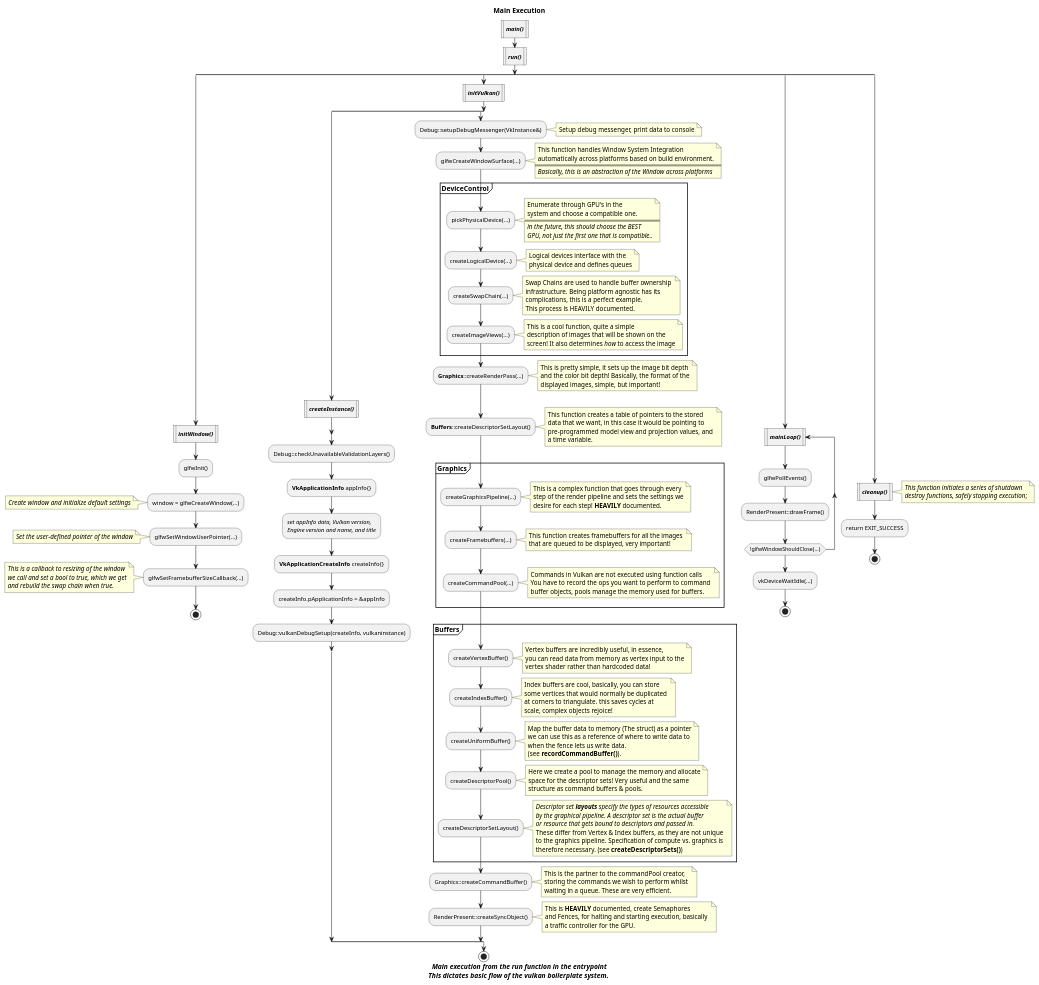
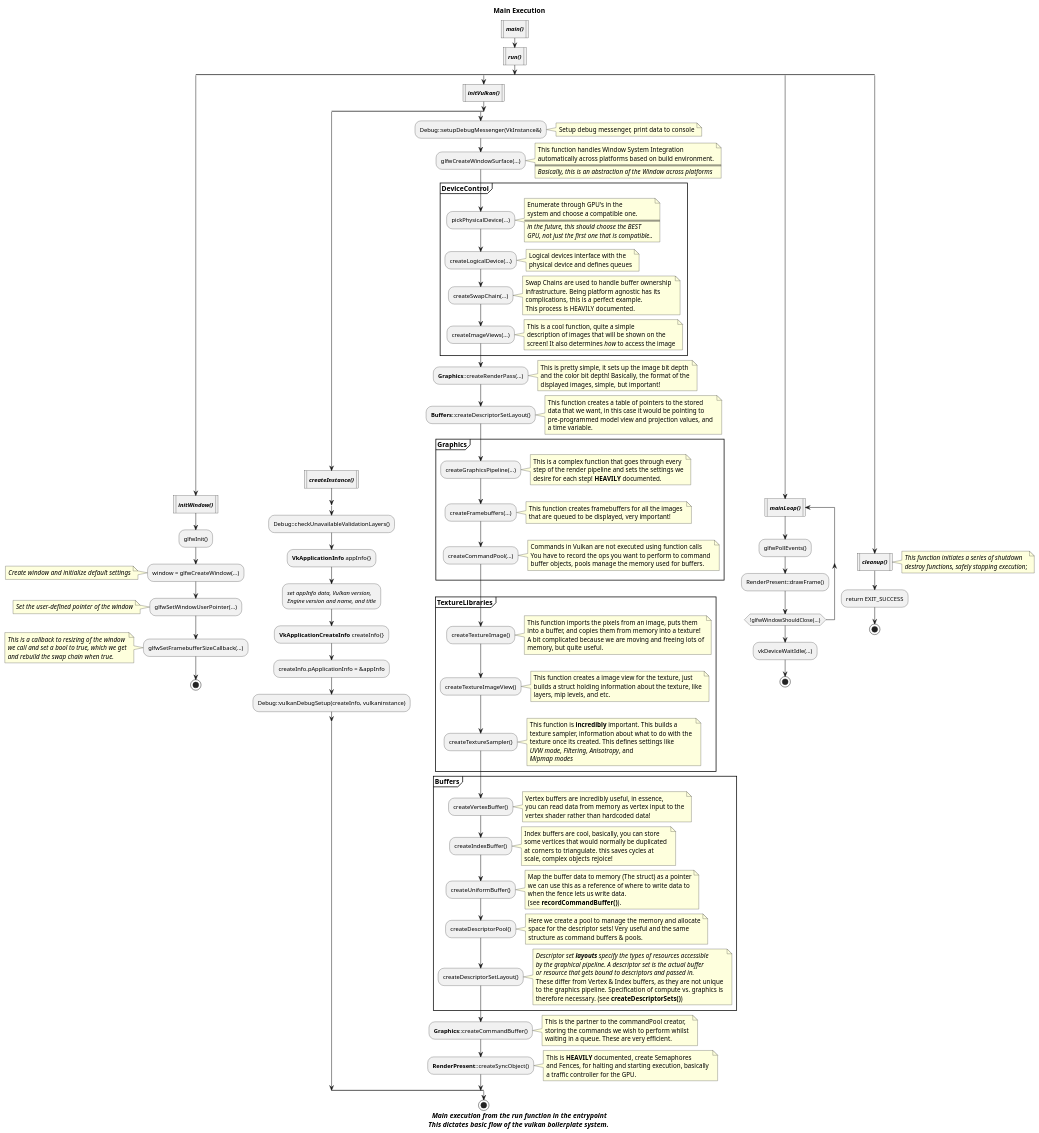
Before and after one commit to LillianSalehi/AgnosiaEngine: the diagram in Flowgraph.puml, drawn with PlantUML. The commit also changed 4 other files, not shown here.

```diff
--- a/Flowgraph.puml
+++ b/Flowgraph.puml
@@ -109,6 +109,29 @@
     buffer objects, pools manage the memory used for buffers.
   end note
 }
+partition "**TextureLibraries**" {
+  :createTextureImage();
+  note right 
+    This function imports the pixels from an image, puts them
+    into a buffer, and copies them from memory into a texture!
+    A bit complicated because we are moving and freeing lots of
+    memory, but quite useful.
+  end note
+  :createTextureImageView();
+  note right
+    This function creates a image view for the texture, just 
+    builds a struct holding information about the texture, like
+    layers, mip levels, and etc.
+  end note
+  :createTextureSampler();
+  note right
+    This function is **incredibly** important. This builds a 
+    texture sampler, information about what to do with the 
+    texture once its created. This defines settings like 
+    //UVW mode//, //Filtering//, //Anisotropy//, and 
+    //Mipmap modes//
+  end note
+}
 partition "**Buffers**" {
   :createVertexBuffer();
   note right 
@@ -146,13 +169,13 @@
     therefore necessary. (see **createDescriptorSets()**)
   end note
 }
-:Graphics::createCommandBuffer();
+:**Graphics**::createCommandBuffer();
 note right 
   This is the partner to the commandPool creator, 
   storing the commands we wish to perform whilst 
   waiting in a queue. These are very efficient.
 end note
-:RenderPresent::createSyncObject();
+:**RenderPresent**::createSyncObject();
 note right
   This is **HEAVILY** documented, create Semaphores
   and Fences, for halting and starting execution, basically 
```
